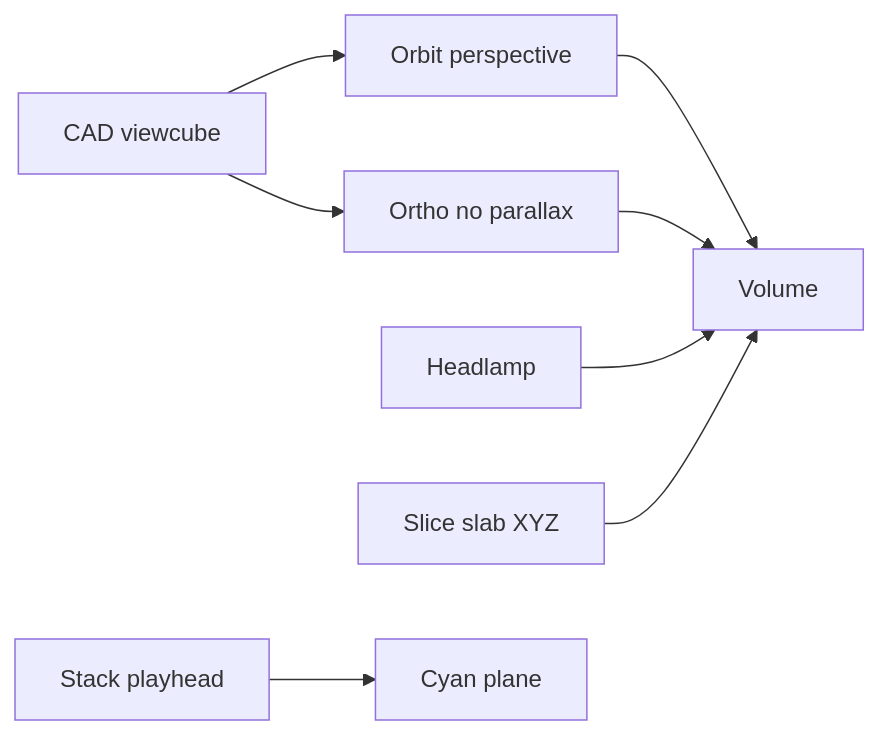
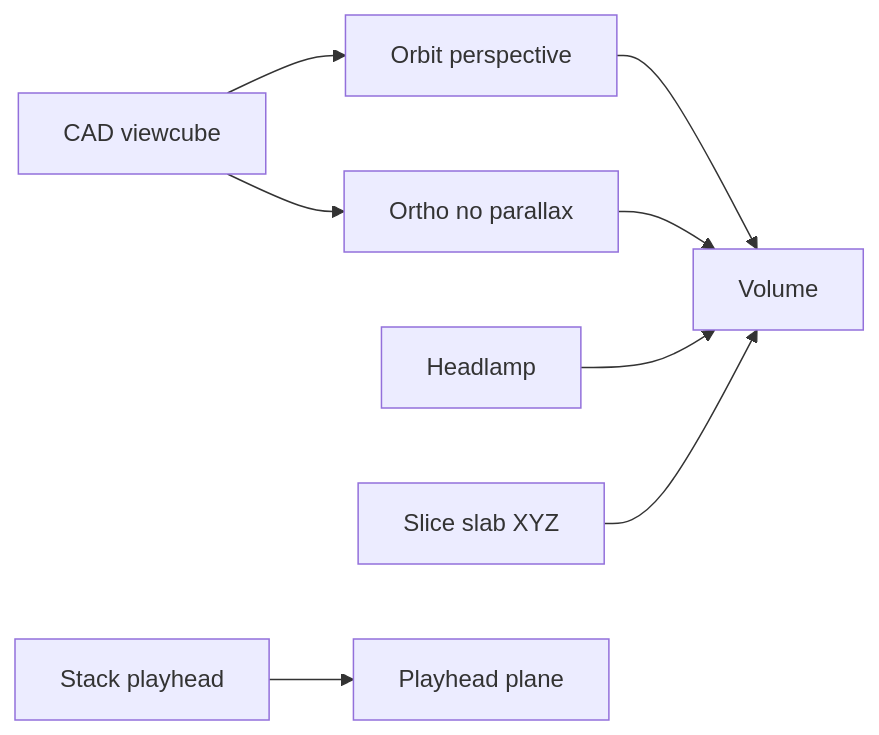
Diagram 13 of 27 in architecture.md (PiMaV/DONNER), drawn with Mermaid before and after one commit. The commit also changed other lines of this file and 22 other files, not shown here.

````diff
--- a/architecture.md
+++ b/architecture.md
@@ -289,16 +295,16 @@
 ```mermaid
 flowchart LR
   orbit[Orbit perspective]
   ortho[Ortho no parallax]
   gizmo[CAD viewcube]
   lamp[Headlamp]
   slab[Slice slab XYZ]
   scrub[Stack playhead]
   orbit --> volume[Volume]
   ortho --> volume
   gizmo --> orbit
   gizmo --> ortho
   lamp --> volume
   slab --> volume
-  scrub --> plane[Cyan plane]
+  scrub --> plane[Playhead plane]
 ```
````
